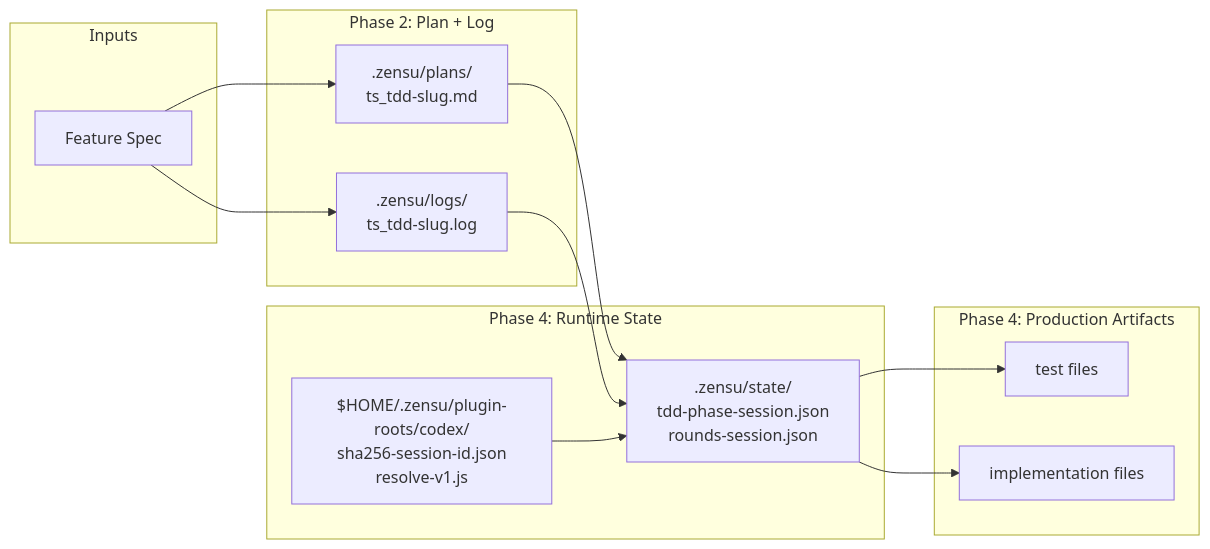
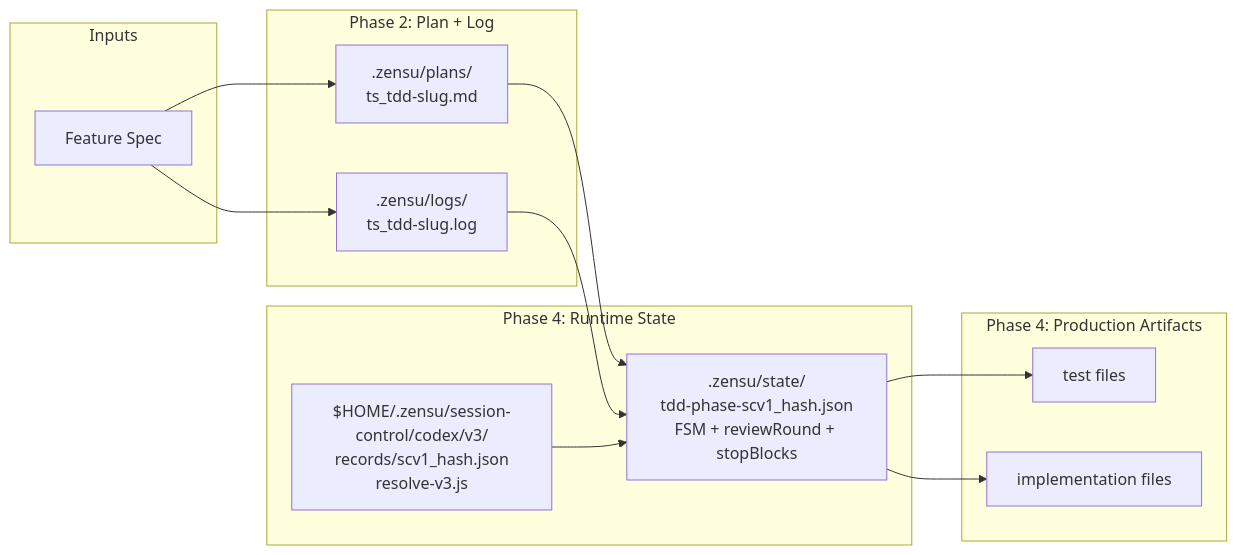
The third of 4 diagrams in plugins/zensu/docs/tdd-manager-workflow.md (MKITConsulting/zensu-codex), drawn with Mermaid before and after one commit. The commit also changed other lines of this file and 103 other files, not shown here.

Commit message:
feat: add session-safe plugin runtime control

````diff
--- a/plugins/zensu/docs/tdd-manager-workflow.md
+++ b/plugins/zensu/docs/tdd-manager-workflow.md
@@ -197,25 +207,25 @@
 ```mermaid
 flowchart LR
     subgraph Inputs
       Spec[Feature Spec]
     end
     subgraph Plan_Phase[Phase 2: Plan + Log]
       Plan[.zensu/plans/<br/>ts_tdd-slug.md]
       Log[.zensu/logs/<br/>ts_tdd-slug.log]
     end
     subgraph Runtime_State[Phase 4: Runtime State]
-      State[.zensu/state/<br/>tdd-phase-session.json<br/>rounds-session.json]
-      Registry[$HOME/.zensu/plugin-roots/codex/<br/>sha256-session-id.json<br/>resolve-v1.js]
+      State[.zensu/state/<br/>tdd-phase-scv1_hash.json<br/>FSM + reviewRound + stopBlocks]
+      Control[$HOME/.zensu/session-control/codex/v3/<br/>records/scv1_hash.json<br/>resolve-v3.js]
     end
     subgraph Production[Phase 4: Production Artifacts]
       Tests[test files]
       Code[implementation files]
     end
     Spec --> Plan
     Spec --> Log
     Plan --> State
     Log --> State
-    Registry --> State
+    Control --> State
     State --> Tests
     State --> Code
 ```
````
